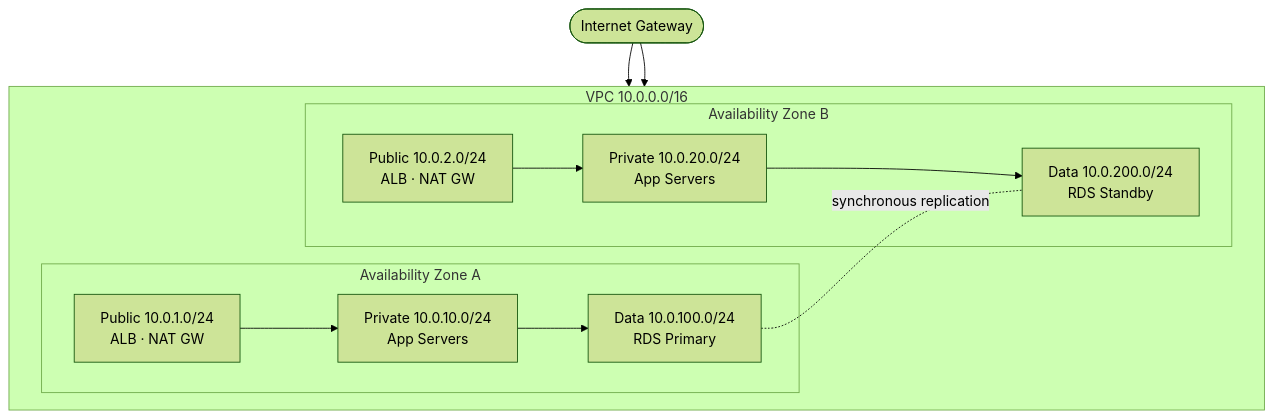
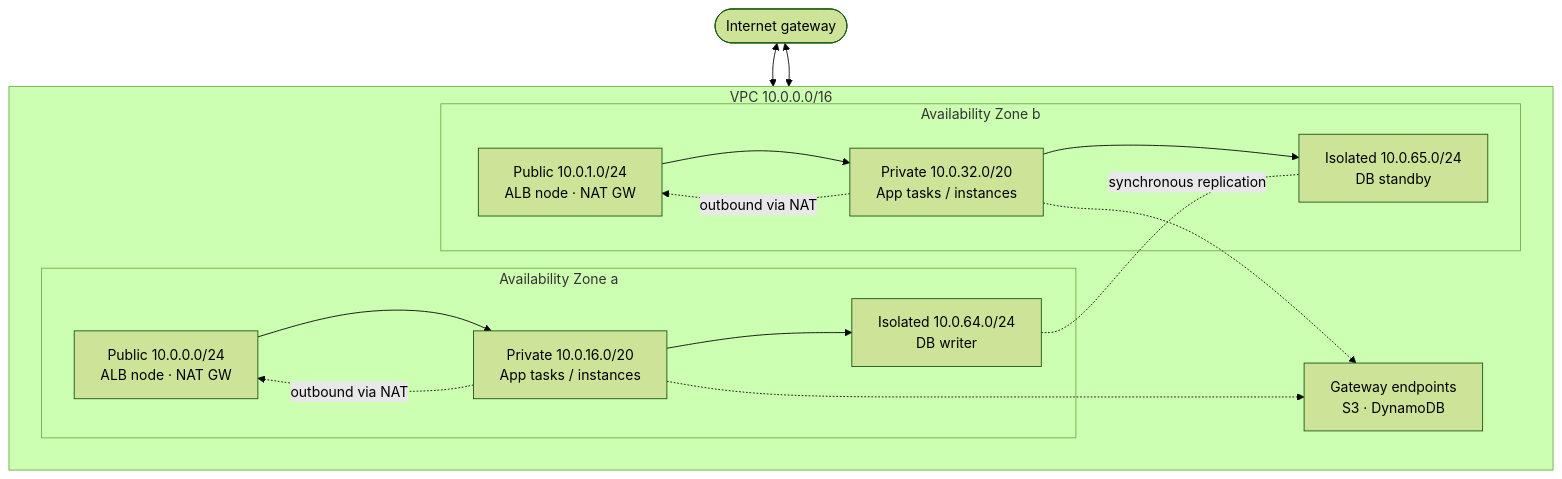
Before and after one commit to AndrewAltimit/Documentation: the second of 3 diagrams in github-pages/docs/technology/aws/networking.md, drawn with Mermaid (forest theme). The commit also changed other lines of this file and 240 other files, not shown here.

````diff
--- a/github-pages/docs/technology/aws/networking.md
+++ b/github-pages/docs/technology/aws/networking.md
@@ -51,22 +71,29 @@
 ```mermaid
 flowchart TB
-    IGW([Internet Gateway])
+    IGW([Internet gateway])
     subgraph VPC["VPC 10.0.0.0/16"]
         direction LR
-        subgraph AZA["Availability Zone A"]
-            PubA["Public 10.0.1.0/24<br/>ALB · NAT GW"]
-            PrivA["Private 10.0.10.0/24<br/>App Servers"]
-            DataA["Data 10.0.100.0/24<br/>RDS Primary"]
-            PubA --> PrivA --> DataA
+        subgraph AZA["Availability Zone a"]
+            PubA["Public 10.0.0.0/24<br/>ALB node · NAT GW"]
+            AppA["Private 10.0.16.0/20<br/>App tasks / instances"]
+            DataA["Isolated 10.0.64.0/24<br/>DB writer"]
         end
-        subgraph AZB["Availability Zone B"]
-            PubB["Public 10.0.2.0/24<br/>ALB · NAT GW"]
-            PrivB["Private 10.0.20.0/24<br/>App Servers"]
-            DataB["Data 10.0.200.0/24<br/>RDS Standby"]
-            PubB --> PrivB --> DataB
+        subgraph AZB["Availability Zone b"]
+            PubB["Public 10.0.1.0/24<br/>ALB node · NAT GW"]
+            AppB["Private 10.0.32.0/20<br/>App tasks / instances"]
+            DataB["Isolated 10.0.65.0/24<br/>DB standby"]
         end
+        GWE["Gateway endpoints<br/>S3 · DynamoDB"]
     end
-    IGW --> PubA
-    IGW --> PubB
-    DataA -. "synchronous replication" .- DataB
+    IGW <--> PubA
+    IGW <--> PubB
+    PubA --> AppA
+    PubB --> AppB
+    AppA --> DataA
+    AppB --> DataB
+    AppA -. outbound via NAT .-> PubA
+    AppB -. outbound via NAT .-> PubB
+    AppA -.-> GWE
+    AppB -.-> GWE
+    DataA -. synchronous replication .- DataB
 ```
````
